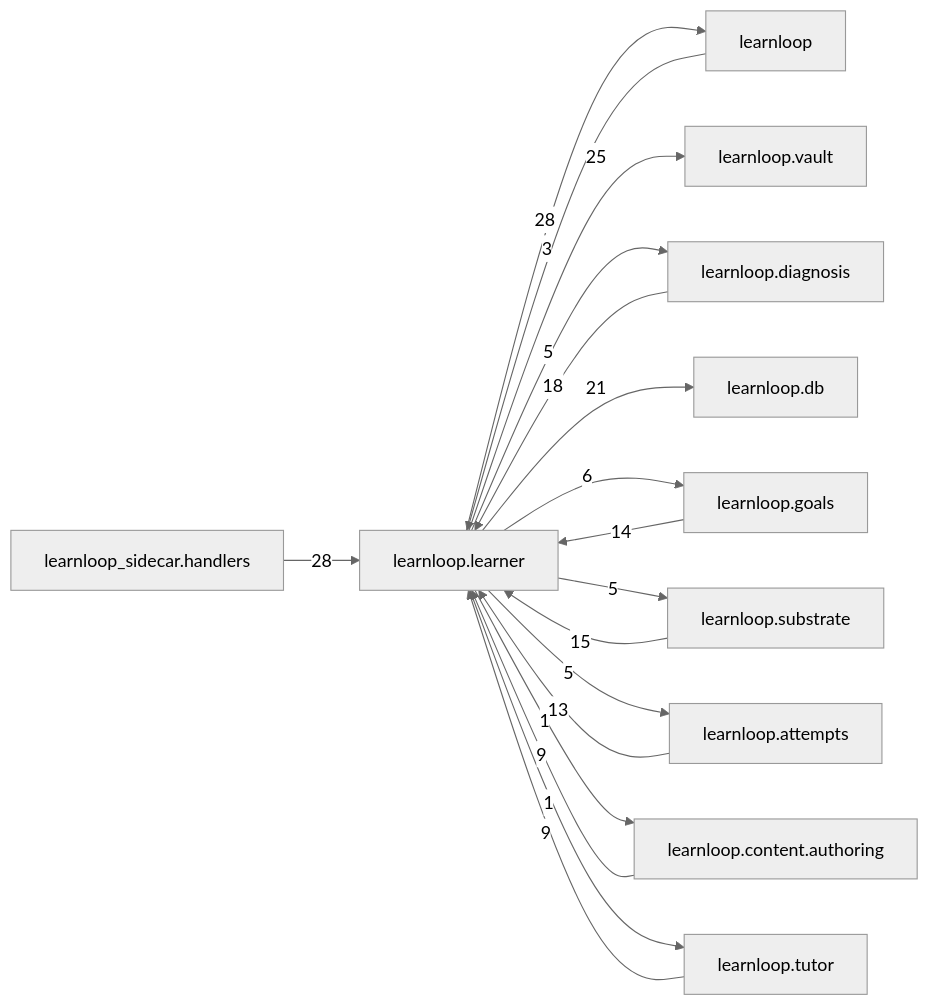
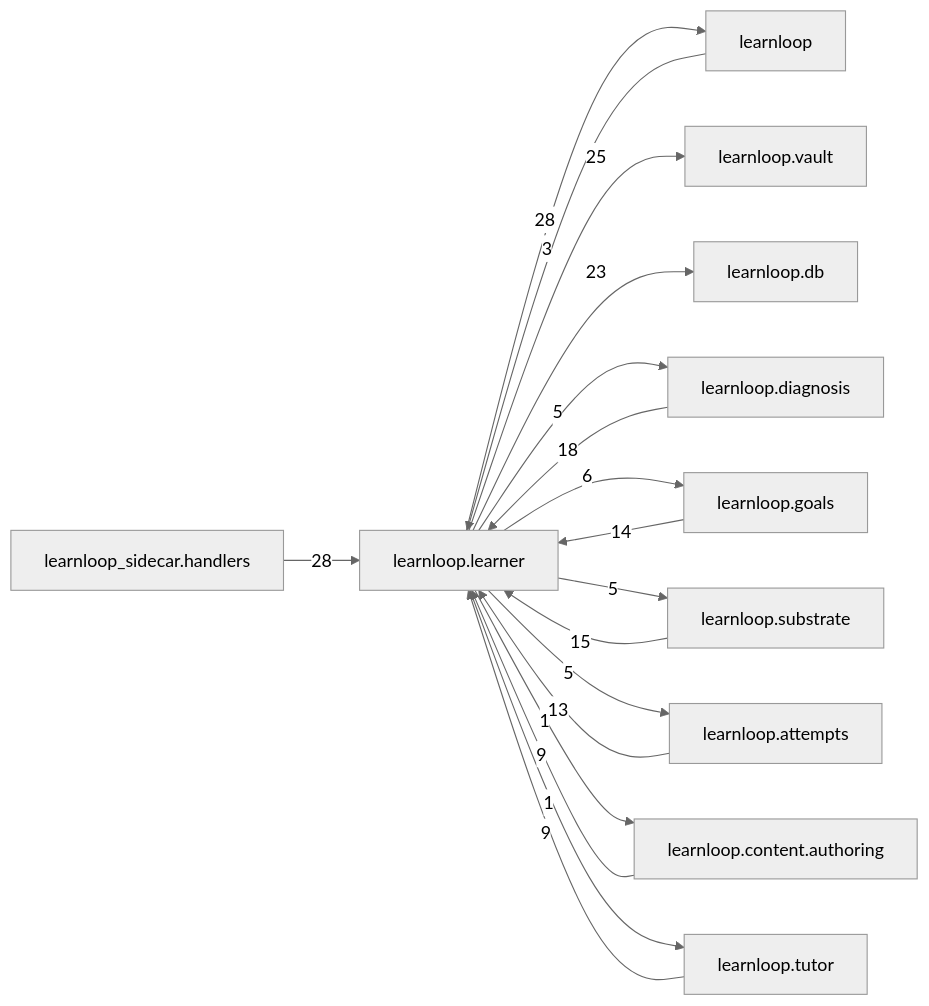
One commit to 6up-b/learnanything changed the diagram in docs/learnloop-architecture-vault/Reference/Modules/learnloop/learner/_package.md. Above: the diagram before and after it, drawn with Mermaid (neutral theme). The commit also changed other lines of this file and 258 other files, not shown here.

````diff
--- a/docs/learnloop-architecture-vault/Reference/Modules/learnloop/learner/_package.md
+++ b/docs/learnloop-architecture-vault/Reference/Modules/learnloop/learner/_package.md
@@ -156,31 +156,31 @@
 ```mermaid
 flowchart LR
     center["learnloop.learner"]
     n_learnloop["learnloop"]
     n_learnloop_sidecar_handlers["learnloop_sidecar.handlers"]
     n_learnloop_vault["learnloop.vault"]
+    n_learnloop_db["learnloop.db"]
     n_learnloop_diagnosis["learnloop.diagnosis"]
-    n_learnloop_db["learnloop.db"]
     n_learnloop_goals["learnloop.goals"]
     n_learnloop_substrate["learnloop.substrate"]
     n_learnloop_attempts["learnloop.attempts"]
     n_learnloop_content_authoring["learnloop.content.authoring"]
     n_learnloop_tutor["learnloop.tutor"]
     n_learnloop -->|3| center
     center -->|28| n_learnloop
     n_learnloop_sidecar_handlers -->|28| center
     center -->|25| n_learnloop_vault
+    center -->|23| n_learnloop_db
     n_learnloop_diagnosis -->|18| center
     center -->|5| n_learnloop_diagnosis
-    center -->|21| n_learnloop_db
     n_learnloop_goals -->|14| center
     center -->|6| n_learnloop_goals
     n_learnloop_substrate -->|15| center
     center -->|5| n_learnloop_substrate
     n_learnloop_attempts -->|13| center
     center -->|5| n_learnloop_attempts
     n_learnloop_content_authoring -->|9| center
     center -->|1| n_learnloop_content_authoring
     n_learnloop_tutor -->|9| center
     center -->|1| n_learnloop_tutor
 ```
````
